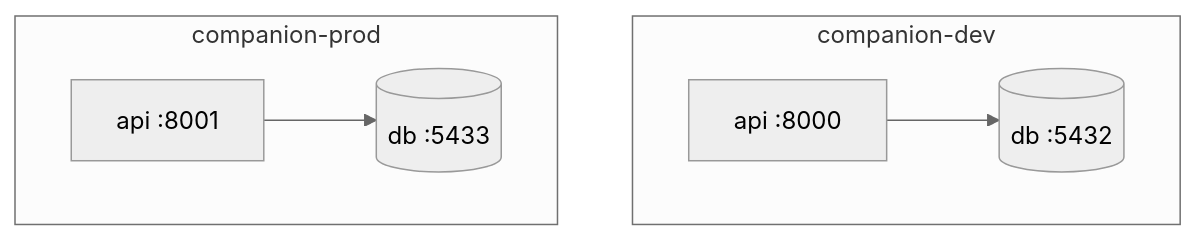
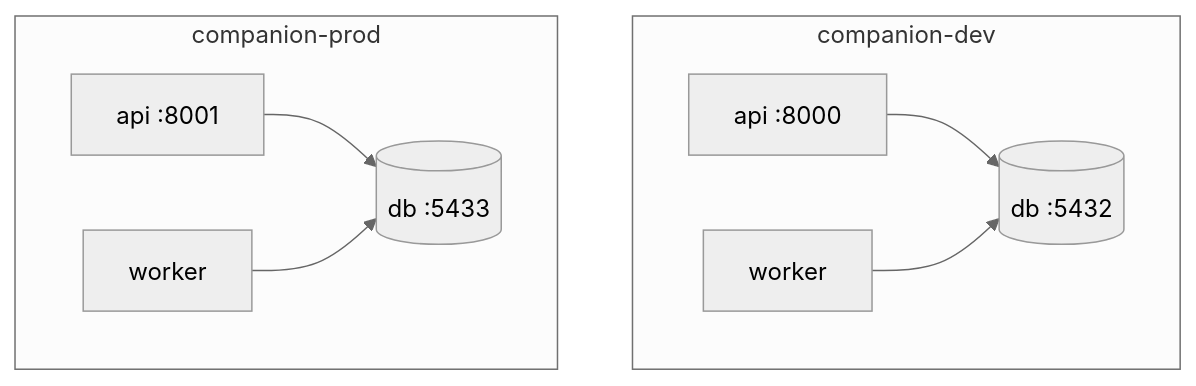
The second of 6 diagrams in backend/docs/architecture.md (Lennart-Lucas/Companion), drawn with Mermaid (neutral theme) before and after one commit. The commit also changed other lines of this file and 21 other files, not shown here.

````diff
--- a/backend/docs/architecture.md
+++ b/backend/docs/architecture.md
@@ -89,13 +95,17 @@
 ```mermaid
 flowchart TB
   subgraph devStack [companion-dev]
     devApi[api :8000]
+    devWorker[worker]
     devDb[(db :5432)]
     devApi --> devDb
+    devWorker --> devDb
   end
   subgraph prodStack [companion-prod]
     prodApi[api :8001]
+    prodWorker[worker]
     prodDb[(db :5433)]
     prodApi --> prodDb
+    prodWorker --> prodDb
   end
 ```
````
